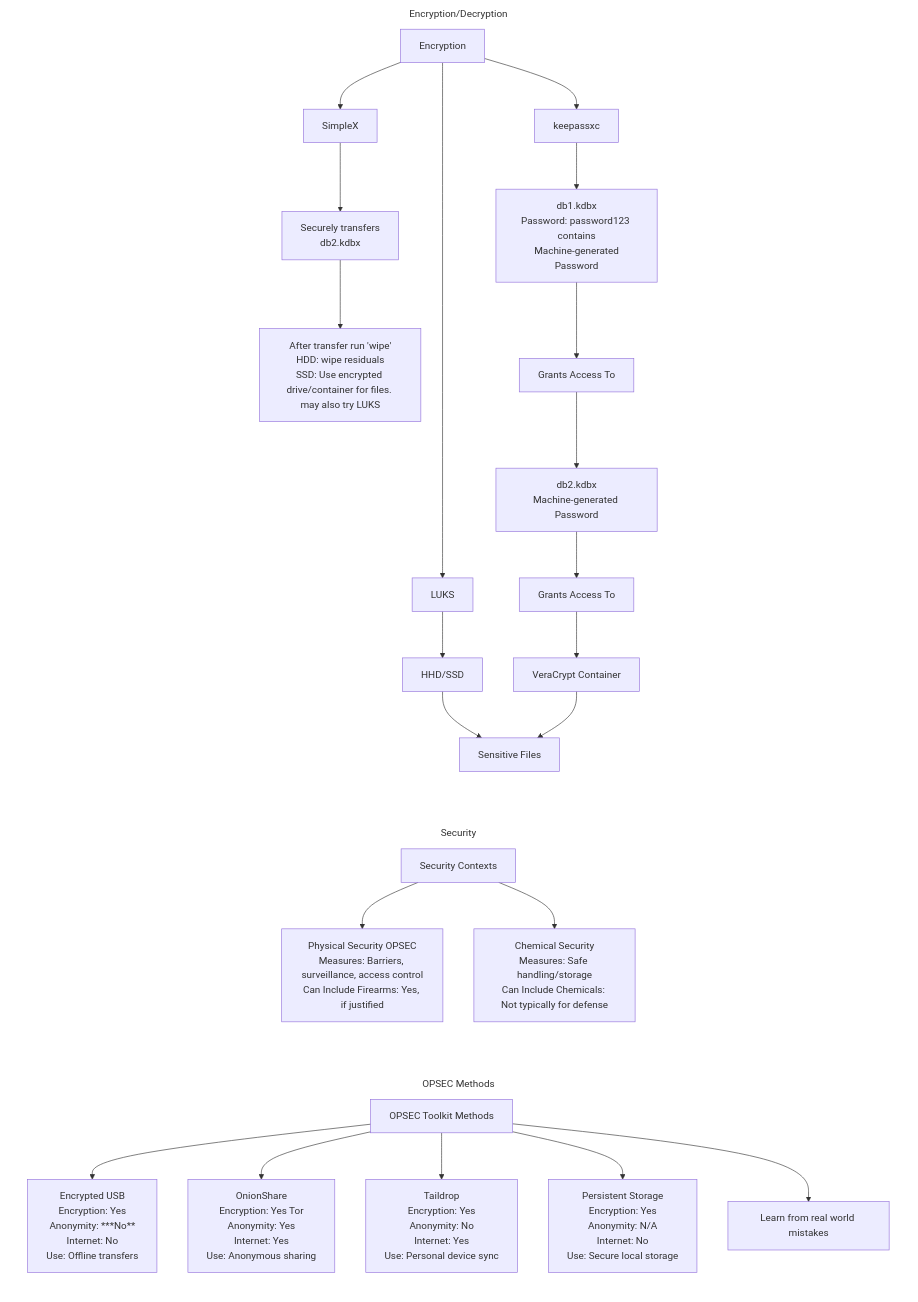
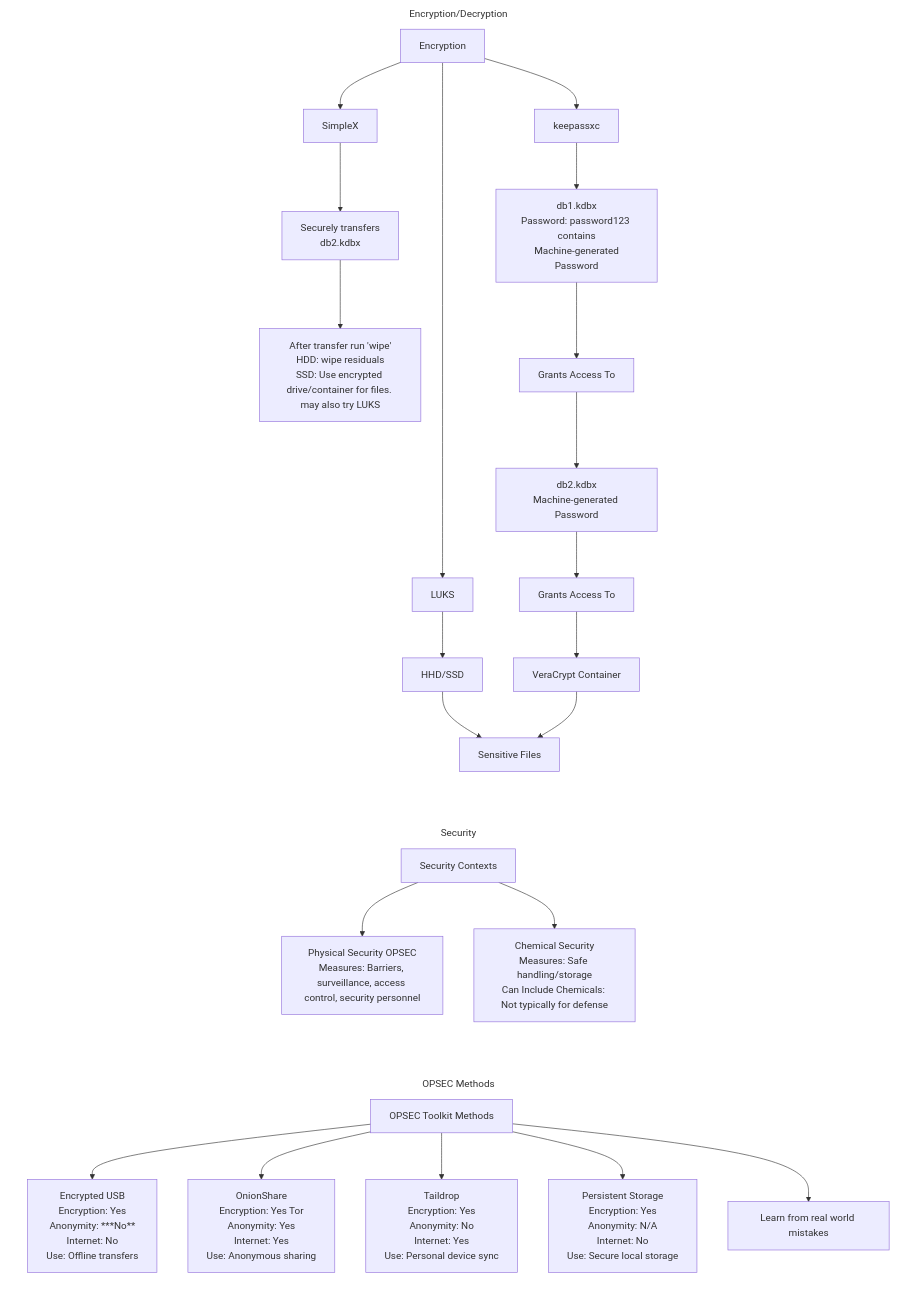
One commit to airborne-commando/OPSEC-OSINT-Tools changed the diagram in markdown/mermaid-data/OPSEC-methods.md. Above: the diagram before and after it, drawn with Mermaid. The commit also changed 2 other files, not shown here.

Commit message:
edited the graph for opsec and the markdown, cleaned up the table for OPSEC Pipeline for secure files

````diff
--- a/markdown/mermaid-data/OPSEC-methods.md
+++ b/markdown/mermaid-data/OPSEC-methods.md
@@ -1,52 +1,52 @@
 ```mermaid
 ---
 config:
   layout: dagre
 ---
 flowchart LR
  subgraph subGraph0["OPSEC Methods"]
         A["OPSEC Toolkit Methods"]
         B["Encrypted USB<br>Encryption: Yes<br>Anonymity: ***No**<br>Internet: No<br>Use: Offline transfers"]
         C["OnionShare<br>Encryption: Yes Tor<br>Anonymity: Yes<br>Internet: Yes<br>Use: Anonymous sharing"]
         D["Taildrop<br>Encryption: Yes<br>Anonymity: No<br>Internet: Yes<br>Use: Personal device sync"]
         E["Persistent Storage<br>Encryption: Yes<br>Anonymity: N/A<br>Internet: No<br>Use: Secure local storage"]
         FF["Learn from real world mistakes"]
   end
  subgraph Security["Security"]
         Q["Security Contexts"]
-        R["Physical Security OPSEC<br>Measures: Barriers, surveillance, access control<br>Can Include Firearms: Yes, if justified"]
+        R["Physical Security OPSEC<br>Measures: Barriers, surveillance, access control, security personnel"]
         S["Chemical Security<br>Measures: Safe handling/storage<br>Can Include Chemicals: Not typically for defense"]
   end
  subgraph s1["Encryption/Decryption"]
         G1["db1.kdbx<br>Password: password123 <br> contains <br> Machine-generated Password"]
         H["Grants Access To"]
         J1["db2.kdbx<br>Machine-generated Password"]
         K["Grants Access To"]
         L["Sensitive Files"]
         N["SimpleX"]
         O["Securely transfers<br>db2.kdbx"]
         P@{ label: "After transfer run 'wipe'<br>HDD: wipe residuals<br>SSD: Use encrypted drive/container for files. may also try LUKS" }
         E1["Encryption"]
         D1["LUKS"]
         B1["HHD/SSD"]
         XC["keepassxc"]
         J["VeraCrypt Container"]
   end
     A --> B & C & D & E & FF
     Q --> R & S
     E1 --> XC & D1 & N
     XC --> G1
     D1 --> B1
     B1 --> L
     N --> O
     O --> P
     G1 --> H
     H --> J1
     J1 --> K
     K --> J
     J --> L
     P@{ shape: rect}
     style s1 fill:transparent,stroke:none
     style Security fill:transparent,stroke:none
     style subGraph0 stroke:none,fill:transparent
 ```
````
